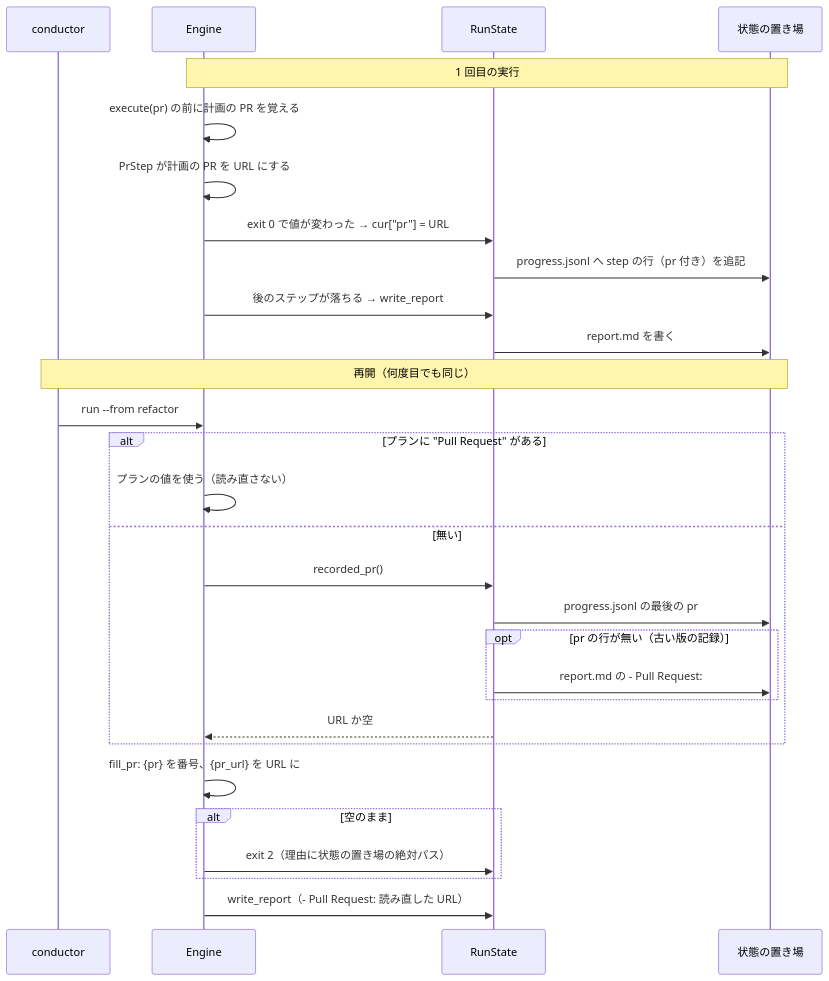
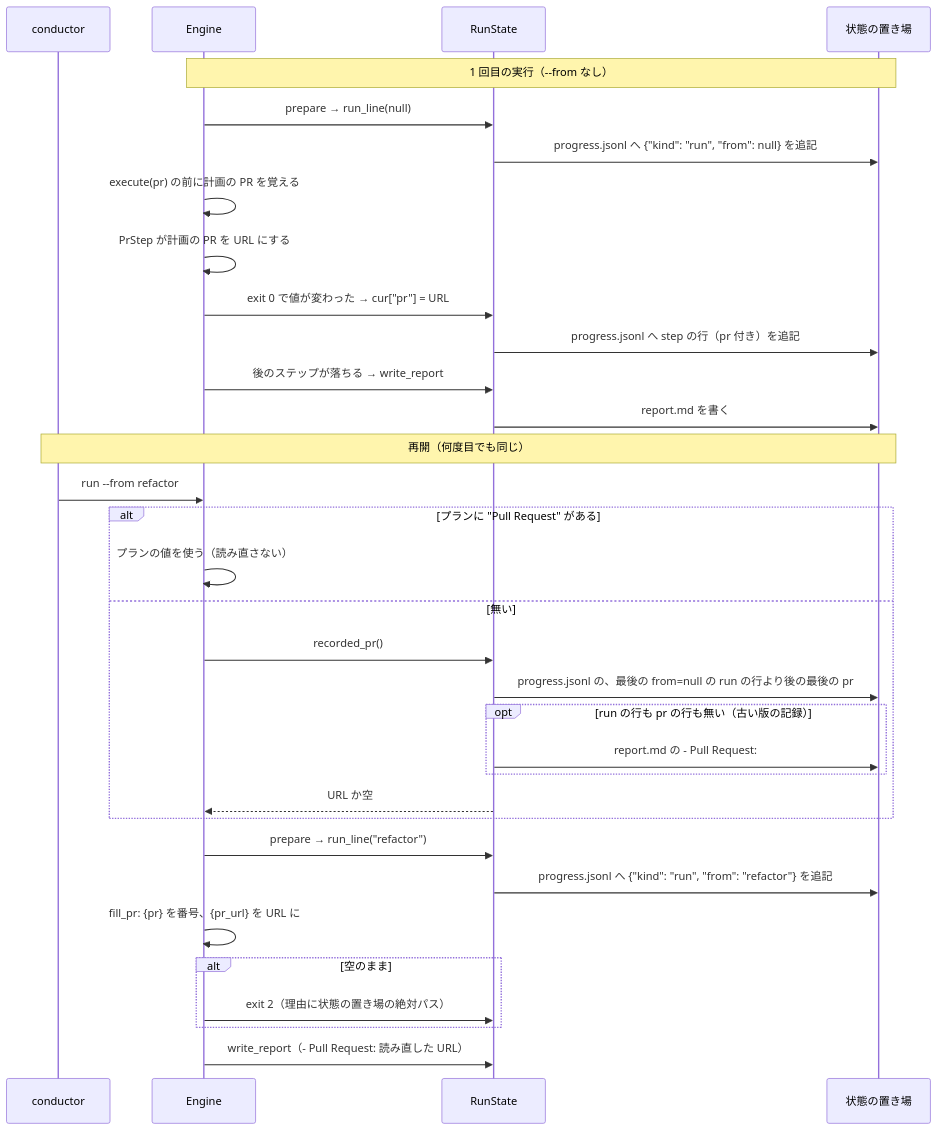
Before and after one commit to devbasex/ai-plugins: the third of 3 diagrams in issues/issue-1296-design.md, drawn with Mermaid. The commit also changed other lines of this file, not shown here.

````diff
--- a/issues/issue-1296-design.md
+++ b/issues/issue-1296-design.md
@@ -185,31 +202,35 @@
 ```mermaid
 sequenceDiagram
     participant U as conductor
     participant E as Engine
     participant S as RunState
     participant D as 状態の置き場
-    Note over E,D: 1 回目の実行
+    Note over E,D: 1 回目の実行（--from なし）
+    E->>S: prepare → run_line(null)
+    S->>D: progress.jsonl へ {"kind": "run", "from": null} を追記
     E->>E: execute(pr) の前に計画の PR を覚える
     E->>E: PrStep が計画の PR を URL にする
     E->>S: exit 0 で値が変わった → cur["pr"] = URL
     S->>D: progress.jsonl へ step の行（pr 付き）を追記
     E->>S: 後のステップが落ちる → write_report
     S->>D: report.md を書く
     Note over U,D: 再開（何度目でも同じ）
     U->>E: run --from refactor
     alt プランに "Pull Request" がある
         E->>E: プランの値を使う（読み直さない）
     else 無い
         E->>S: recorded_pr()
-        S->>D: progress.jsonl の最後の pr
-        opt pr の行が無い（古い版の記録）
+        S->>D: progress.jsonl の、最後の from=null の run の行より後の最後の pr
+        opt run の行も pr の行も無い（古い版の記録）
             S->>D: report.md の - Pull Request:
         end
         S-->>E: URL か空
     end
+    E->>S: prepare → run_line("refactor")
+    S->>D: progress.jsonl へ {"kind": "run", "from": "refactor"} を追記
     E->>E: fill_pr: {pr} を番号、{pr_url} を URL に
     alt 空のまま
         E->>S: exit 2（理由に状態の置き場の絶対パス）
     end
     E->>S: write_report（- Pull Request: 読み直した URL）
 ```
````
